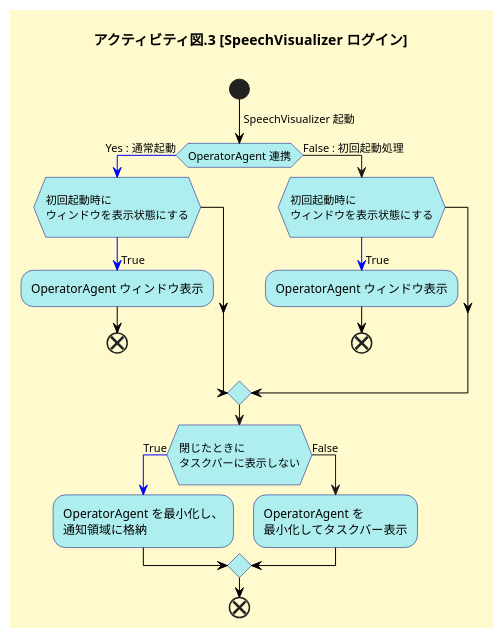
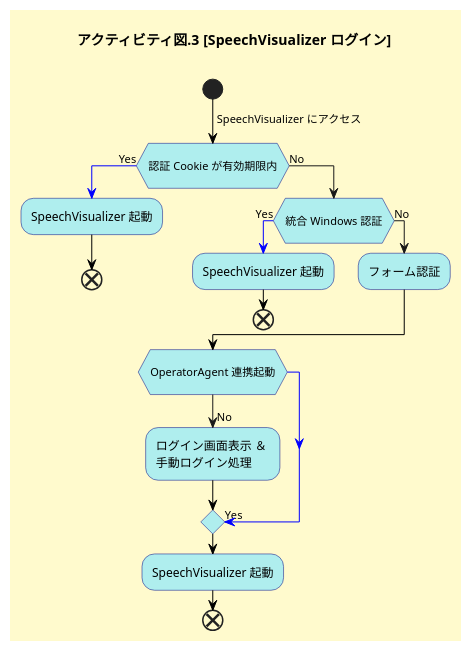
One commit to ytakagi-ponkotsu/function changed the third of 3 diagrams in 詳解 Communication Suite 機能編.md. Above: the diagram before and after it, drawn with PlantUML. The commit also changed other lines of this file, not shown here.

Commit message:
2020/04/21 2-1 アクティビティ追加

````diff
--- a/詳解 Communication Suite 機能編.md
+++ b/詳解 Communication Suite 機能編.md
@@ -1191,44 +1191,45 @@
-```plantuml
-@startuml
-skinparam {
-defaultFontName BIZ UDPゴシック
-}
-skinparam backgroundColor #fffacd
-skinparam activity  {
-BackgroundColor #afeeee
-BorderColor #000080
-}
-title アクティビティ図.3 [SpeechVisualizer ログイン]\n
+		```plantuml
+		@startuml
+		skinparam {
+		defaultFontName BIZ UDPゴシック
+		}
+		skinparam backgroundColor #fffacd
+		skinparam activity  {
+		BackgroundColor #afeeee
+		BorderColor #000080
+		}
+		title アクティビティ図.3 [SpeechVisualizer ログイン]\n
 
-start;
--[#black]-> SpeechVisualizer 起動;
-if (OperatorAgent 連携) then
-  -[#blue]-> Yes : 通常起動;
-	if (\n初回起動時に\nウィンドウを表示状態にする\n) then
-		-[#blue]-> \nTrue;
-		:OperatorAgent ウィンドウ表示;
+		start;
+		-[#black]-> SpeechVisualizer にアクセス;
+		if (\n認証 Cookie が有効期限内\n) then
+		  -[#blue]-> Yes;
+			:SpeechVisualizer 起動;
+			-[#black]->
+			end;
+		else
+		  -> No;
+				if (\n統合 Windows 認証\n) then
+					-[#blue]-> \nYes;
+					:SpeechVisualizer 起動;
+					-[#black]->
+					end;
+				else
+				  -> \nNo;
+				  :フォーム認証;
+					-[#black]->
+				endif
+		endif
+		if (\nOperatorAgent 連携起動\n) then
+			-[#blue]-> \nYes;
+		else
+			-> \nNo;
+			:ログイン画面表示 ＆ \n手動ログイン処理;
+			-[#black]->
+		endif
+		-[#black]->
+		:SpeechVisualizer 起動;
 		-[#black]->
 		end;
-	endif
-else
-  -> False : 初回起動処理;
-		if (\n初回起動時に\nウィンドウを表示状態にする\n) then
-			-[#blue]-> \nTrue;
-			:OperatorAgent ウィンドウ表示;
-			-[#black]->
-			end;
-		endif
-endif
-if (\n閉じたときに\nタスクバーに表示しない\n) then
-	-[#blue]-> \nTrue;
-	:OperatorAgent を最小化し、\n通知領域に格納;
-	-[#black]->
-else
-	-> \nFalse;
-	:OperatorAgent を\n最小化してタスクバー表示;
-	-[#black]->
-endif
--[#black]->
-end;
-@enduml
-```
+		@enduml
+		```
````
